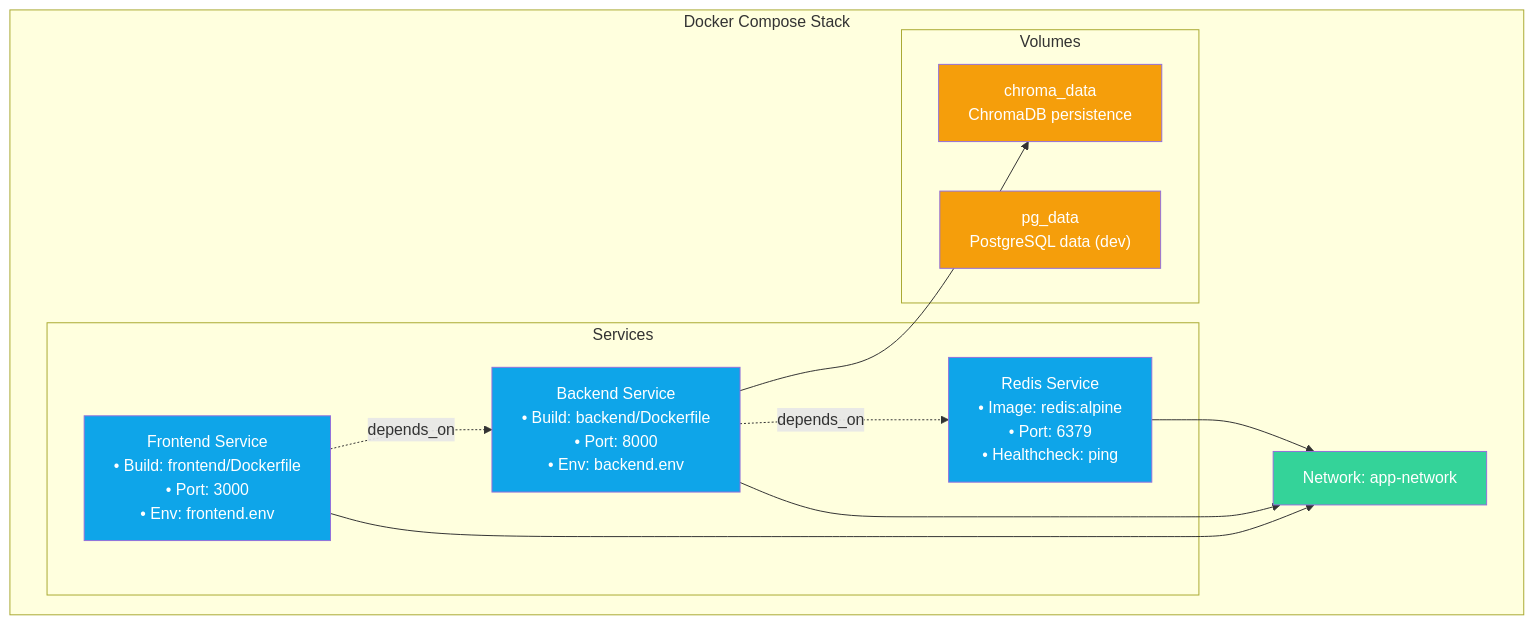
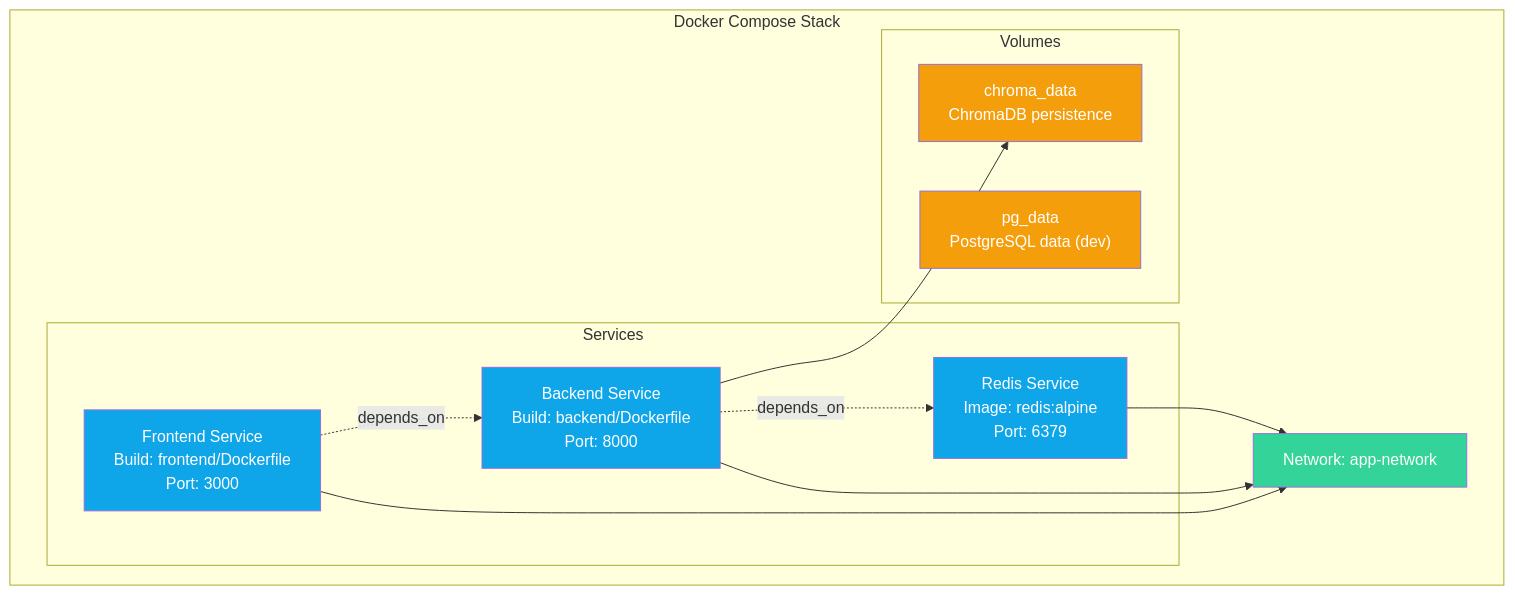
Diagram 22 of 35 in ARCHITECTURE.md (Anil-Pradhan-web/ai-career-mentor), drawn with Mermaid before and after one commit. The commit also changed other lines of this file, not shown here.

Commit message:
fix: remove all JSON curly braces from Mermaid sequence diagrams, simplify state diagrams, replace classDef with inline styles for GitHub compatibility

````diff
--- a/ARCHITECTURE.md
+++ b/ARCHITECTURE.md
@@ -1210,33 +1168,33 @@
 ```mermaid
 graph TB
     classDef svc fill:#0ea5e9,color:#fff
     classDef vol fill:#f59e0b,color:#fff
     classDef net fill:#34d399,color:#fff
 
     subgraph "Docker Compose Stack"
         NET["Network: app-network"]
         
         subgraph "Services"
-            FE["Frontend Service<br/>• Build: frontend/Dockerfile<br/>• Port: 3000<br/>• Env: frontend.env"]
-            BE["Backend Service<br/>• Build: backend/Dockerfile<br/>• Port: 8000<br/>• Env: backend.env"]
-            RD["Redis Service<br/>• Image: redis:alpine<br/>• Port: 6379<br/>• Healthcheck: ping"]
+            FE["Frontend Service<br/>Build: frontend/Dockerfile<br/>Port: 3000"]
+            BE["Backend Service<br/>Build: backend/Dockerfile<br/>Port: 8000"]
+            RD["Redis Service<br/>Image: redis:alpine<br/>Port: 6379"]
         end
         
         subgraph "Volumes"
             CHROMA_VOL["chroma_data<br/>ChromaDB persistence"]
             PG_VOL["pg_data<br/>PostgreSQL data (dev)"]
         end
     end
 
     FE --> NET
     BE --> NET
     RD --> NET
     
     BE --> CHROMA_VOL
-    FE -.->|"depends_on"| BE
-    BE -.->|"depends_on"| RD
+    FE -.->|depends_on| BE
+    BE -.->|depends_on| RD
 
     class FE,BE,RD svc
     class CHROMA_VOL,PG_VOL vol
     class NET net
 ```
````
